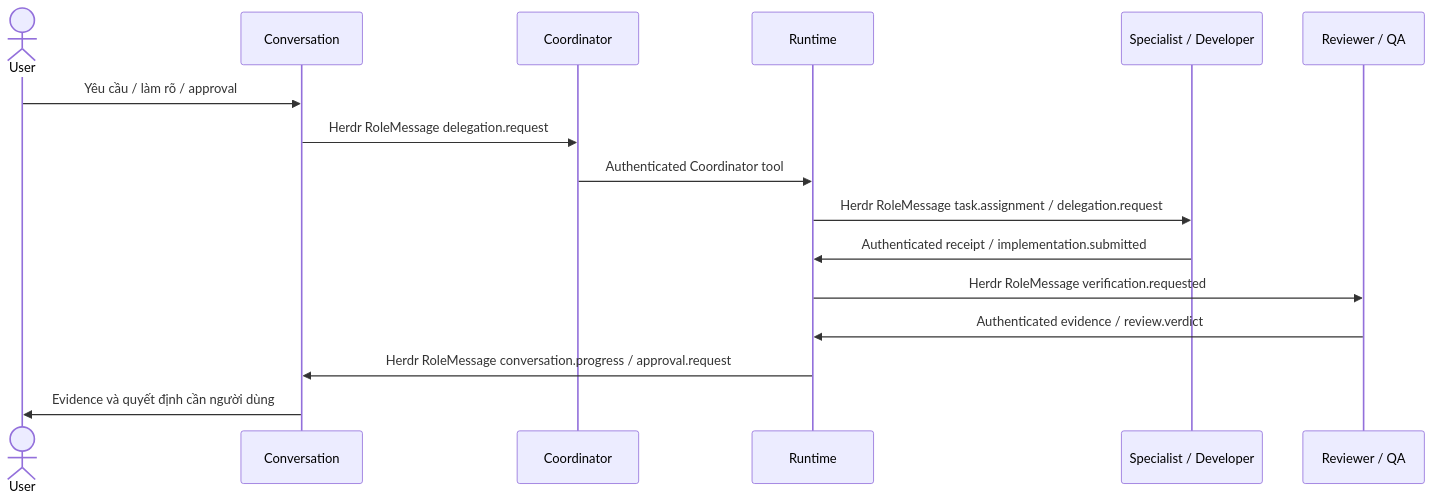
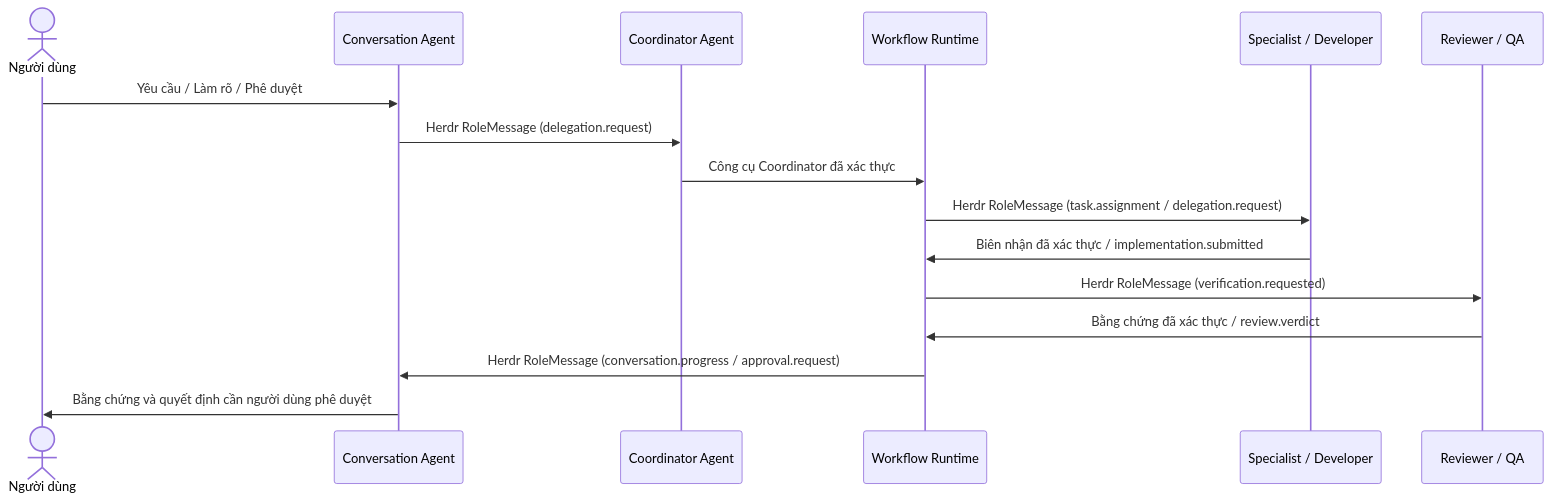
One commit to qxbao/bflow changed the diagram in docs/guide/herdr-communication.md. Above: the diagram before and after it, drawn with Mermaid. The commit also changed other lines of this file and 21 other files, not shown here.

````diff
--- a/docs/guide/herdr-communication.md
+++ b/docs/guide/herdr-communication.md
@@ -7,18 +9,18 @@
 ```mermaid
 sequenceDiagram
-    actor User
-    participant Chat as Conversation
-    participant Coordinator
-    participant Runtime
+    actor User as Người dùng
+    participant Chat as Conversation Agent
+    participant Coordinator as Coordinator Agent
+    participant Runtime as Workflow Runtime
     participant Worker as Specialist / Developer
     participant Verify as Reviewer / QA
-    User->>Chat: Yêu cầu / làm rõ / approval
-    Chat->>Coordinator: Herdr RoleMessage delegation.request
-    Coordinator->>Runtime: Authenticated Coordinator tool
-    Runtime->>Worker: Herdr RoleMessage task.assignment / delegation.request
-    Worker->>Runtime: Authenticated receipt / implementation.submitted
-    Runtime->>Verify: Herdr RoleMessage verification.requested
-    Verify->>Runtime: Authenticated evidence / review.verdict
-    Runtime->>Chat: Herdr RoleMessage conversation.progress / approval.request
-    Chat->>User: Evidence và quyết định cần người dùng
+    User->>Chat: Yêu cầu / Làm rõ / Phê duyệt
+    Chat->>Coordinator: Herdr RoleMessage (delegation.request)
+    Coordinator->>Runtime: Công cụ Coordinator đã xác thực
+    Runtime->>Worker: Herdr RoleMessage (task.assignment / delegation.request)
+    Worker->>Runtime: Biên nhận đã xác thực / implementation.submitted
+    Runtime->>Verify: Herdr RoleMessage (verification.requested)
+    Verify->>Runtime: Bằng chứng đã xác thực / review.verdict
+    Runtime->>Chat: Herdr RoleMessage (conversation.progress / approval.request)
+    Chat->>User: Bằng chứng và quyết định cần người dùng phê duyệt
 ```
````
